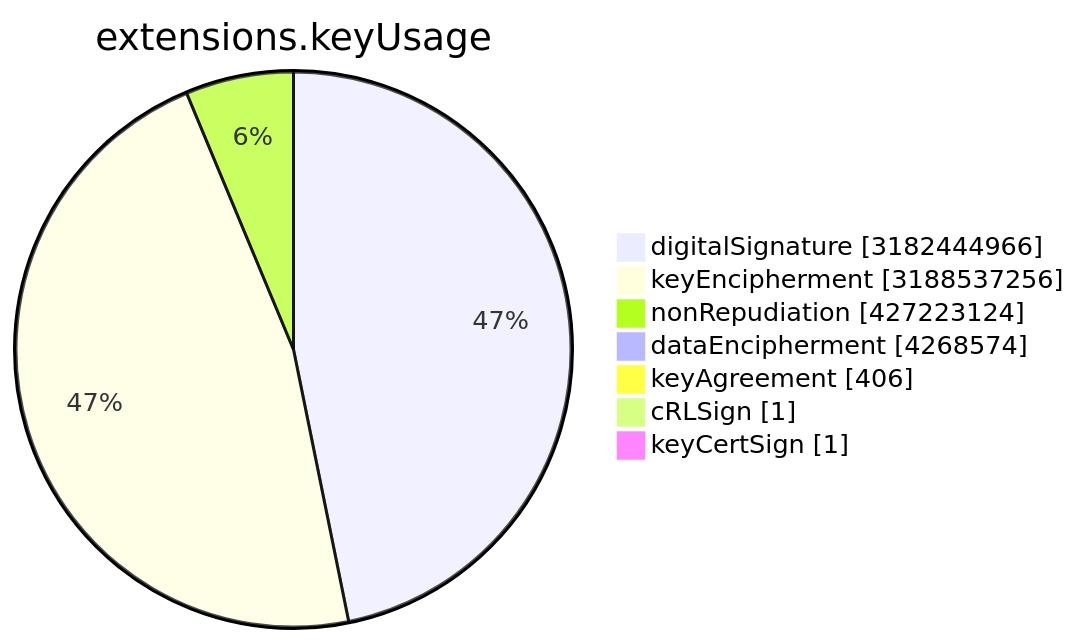
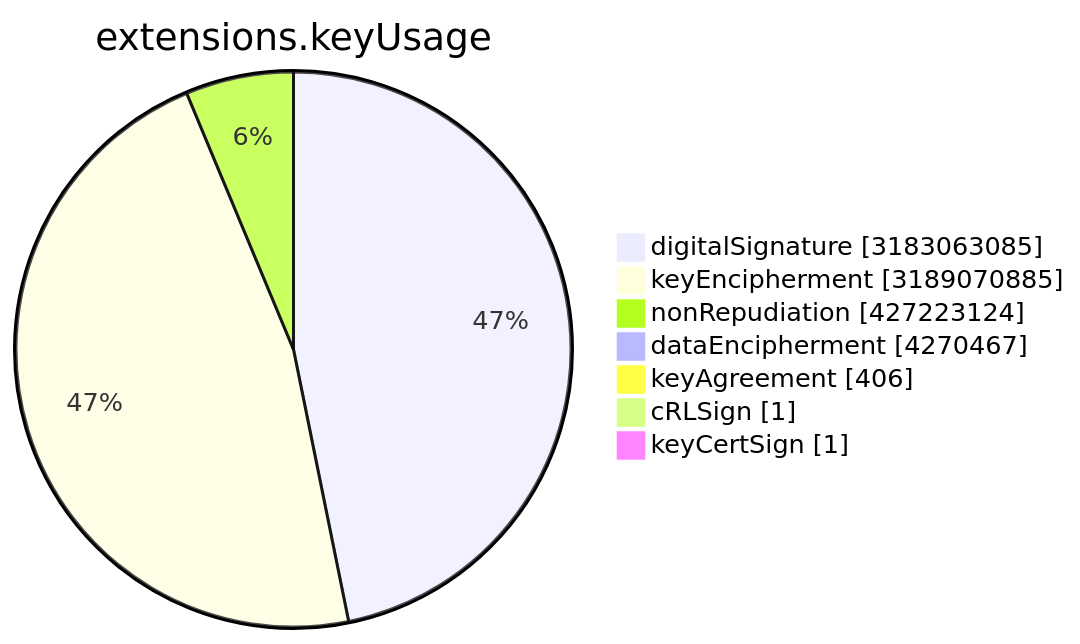
The sixth of 15 diagrams in TOTAL/README.md (christiankrug/ctmonitor_visualization), drawn with Mermaid before and after one commit. The commit also changed other lines of this file, not shown here.

````diff
--- a/TOTAL/README.md
+++ b/TOTAL/README.md
@@ -3077,11 +3077,11 @@
 ```mermaid
 pie showData
 title extensions.keyUsage
-"digitalSignature" :3182444966
-"keyEncipherment" :3188537256
+"digitalSignature" :3183063085
+"keyEncipherment" :3189070885
 "nonRepudiation" :427223124
-"dataEncipherment" :4268574
+"dataEncipherment" :4270467
 "keyAgreement" :406
 "cRLSign" :1
 "keyCertSign" :1
 ```
````
